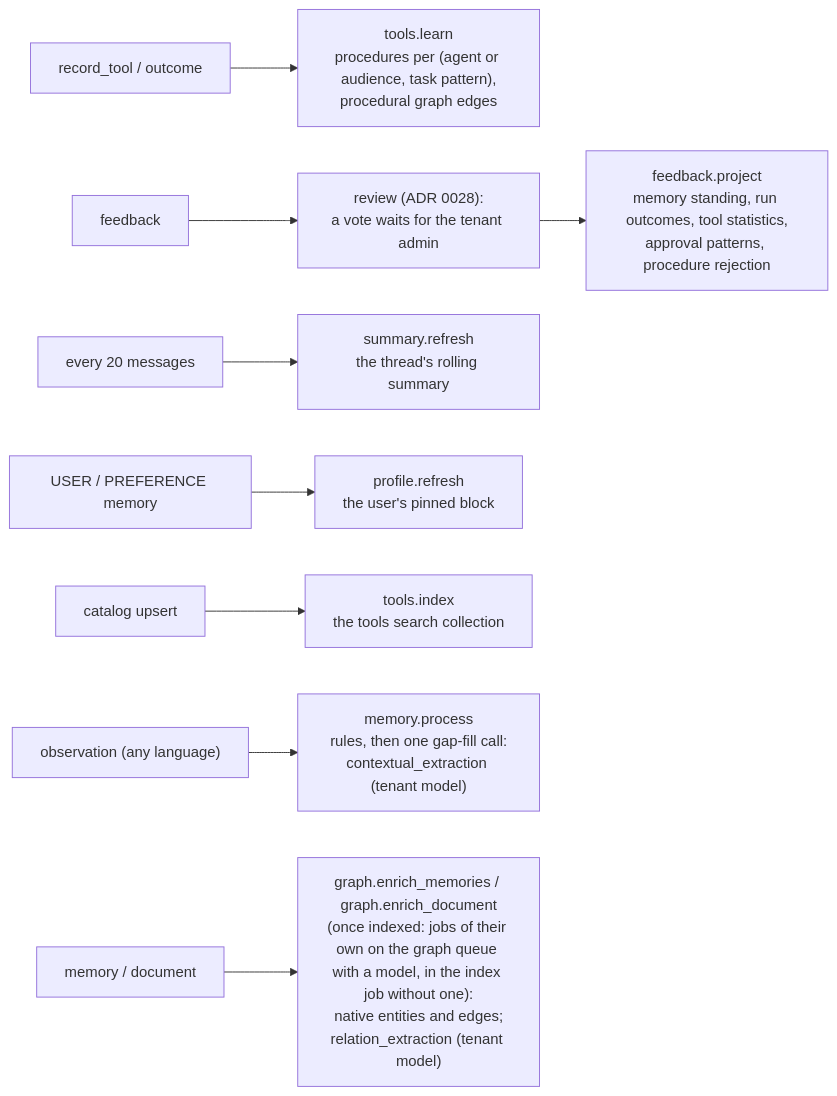
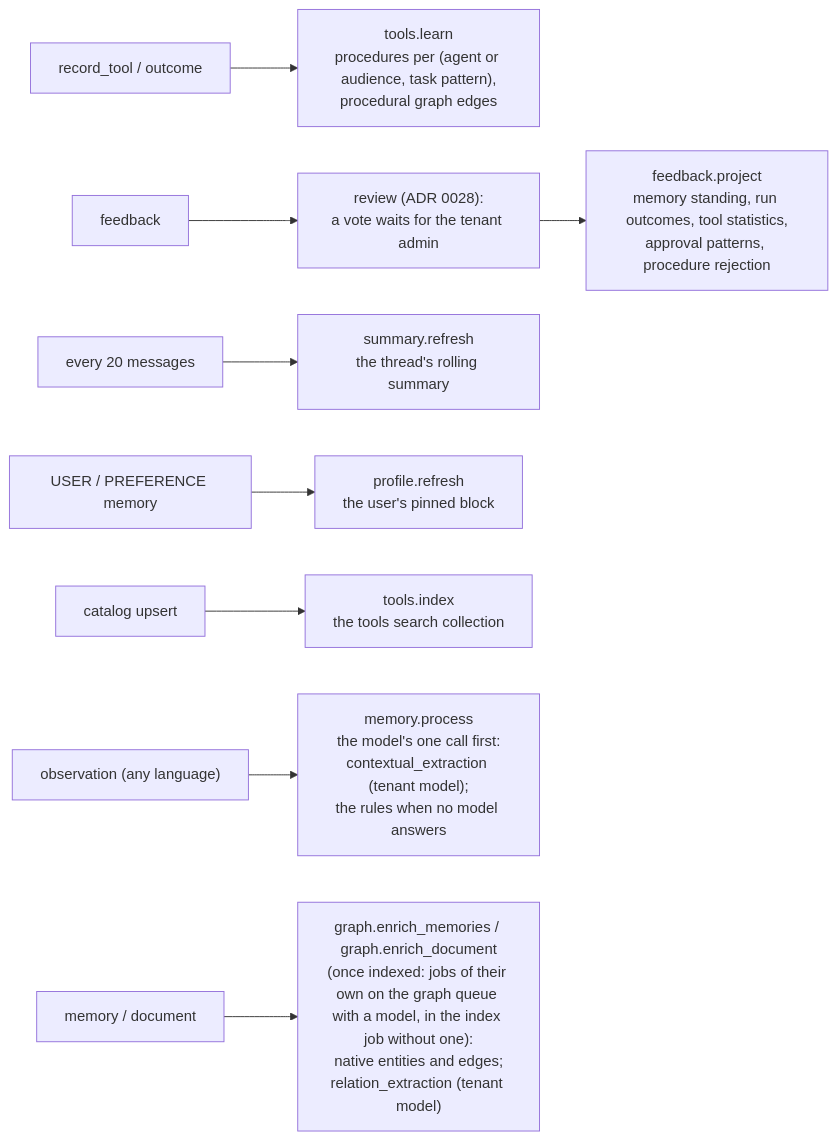
The eighth of 10 diagrams in docs/ARCHITECTURE.md (amitmohapatra/agent-memory-service), drawn with Mermaid before and after one commit. The commit also changed 23 other files, not shown here.

````diff
--- a/docs/ARCHITECTURE.md
+++ b/docs/ARCHITECTURE.md
@@ -219,10 +219,10 @@
 ```mermaid
 flowchart LR
   rt["record_tool / outcome"] --> tl["tools.learn<br/>procedures per (agent or audience, task pattern),<br/>procedural graph edges"]
   fb[feedback] --> rv["review (ADR 0028):<br/>a vote waits for the tenant admin"] --> fp["feedback.project<br/>memory standing, run outcomes, tool statistics,<br/>approval patterns, procedure rejection"]
   msg["every 20 messages"] --> sr["summary.refresh<br/>the thread's rolling summary"]
   up["USER / PREFERENCE memory"] --> pr["profile.refresh<br/>the user's pinned block"]
   cat["catalog upsert"] --> ti["tools.index<br/>the tools search collection"]
-  obs["observation (any language)"] --> mp["memory.process<br/>rules, then one gap-fill call:<br/>contextual_extraction (tenant model)"]
+  obs["observation (any language)"] --> mp["memory.process<br/>the model's one call first:<br/>contextual_extraction (tenant model);<br/>the rules when no model answers"]
   md["memory / document"] --> ge["graph.enrich_memories / graph.enrich_document<br/>(once indexed: jobs of their own on the graph queue with a model, in the index job without one):<br/>native entities and edges;<br/>relation_extraction (tenant model)"]
 ```
````
